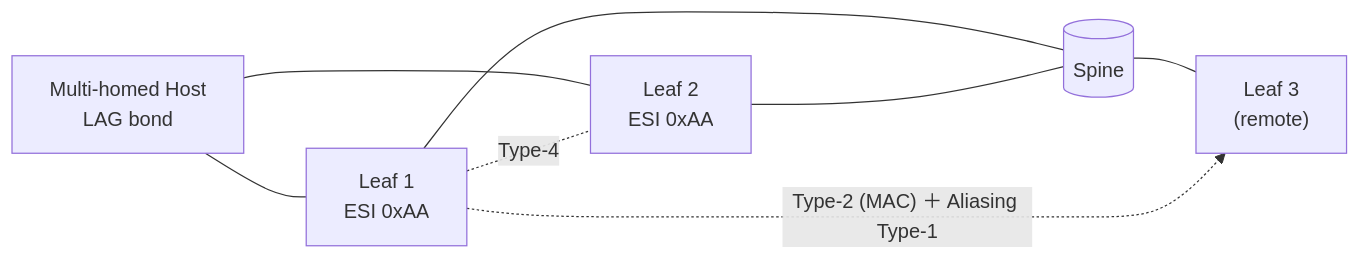
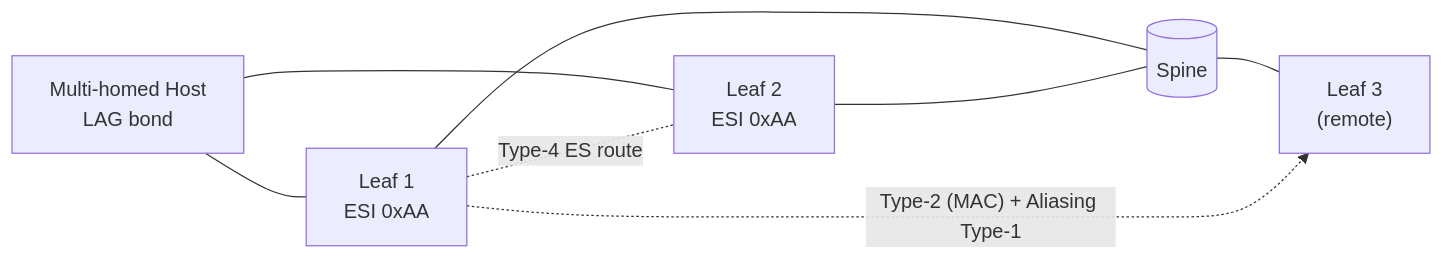
Before and after one commit to aoki-taquan/sonic-unofficial-docs: the diagram in docs/routing/evpn-vxlan-multihoming.md, drawn with Mermaid. The commit also changed other lines of this file and 4 other files, not shown here.

````diff
--- a/docs/routing/evpn-vxlan-multihoming.md
+++ b/docs/routing/evpn-vxlan-multihoming.md
@@ -50,10 +52,10 @@
 ```mermaid
 flowchart LR
     H[Multi-homed Host\nLAG bond] --- L1[Leaf 1\nESI 0xAA]
     H --- L2[Leaf 2\nESI 0xAA]
-    L1 -. Type-4 .- L2
+    L1 -. Type-4 ES route .- L2
     L1 --- SP[(Spine)]
     L2 --- SP
     SP --- L3["Leaf 3\n(remote)"]
-    L1 -.Type-2 (MAC) ＋ Aliasing Type-1.-> L3
+    L1 -.Type-2 (MAC) + Aliasing Type-1.-> L3
 ```
````
